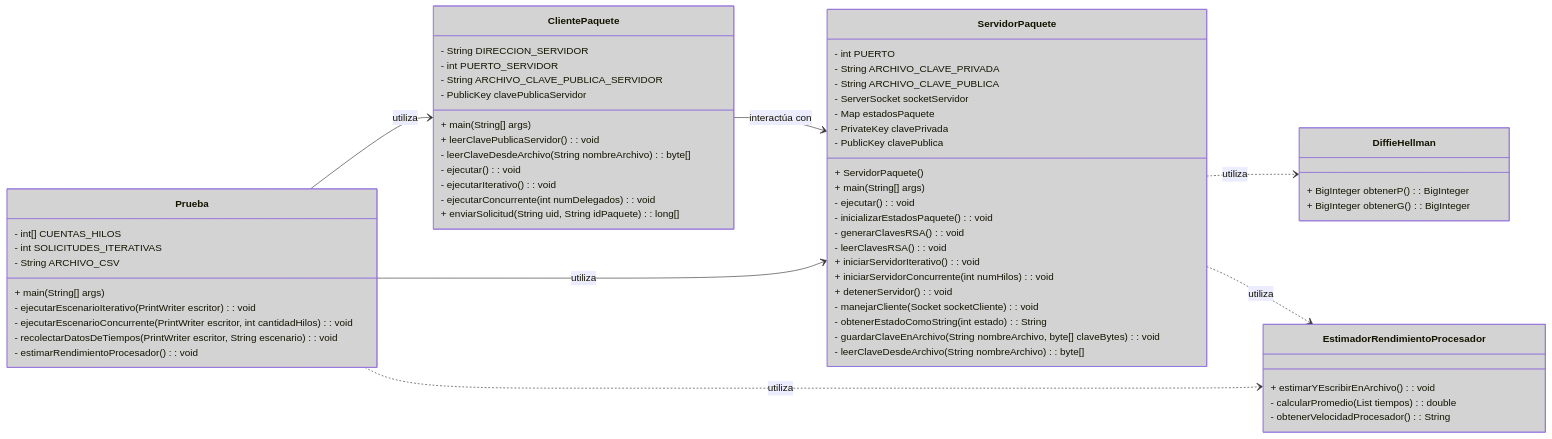
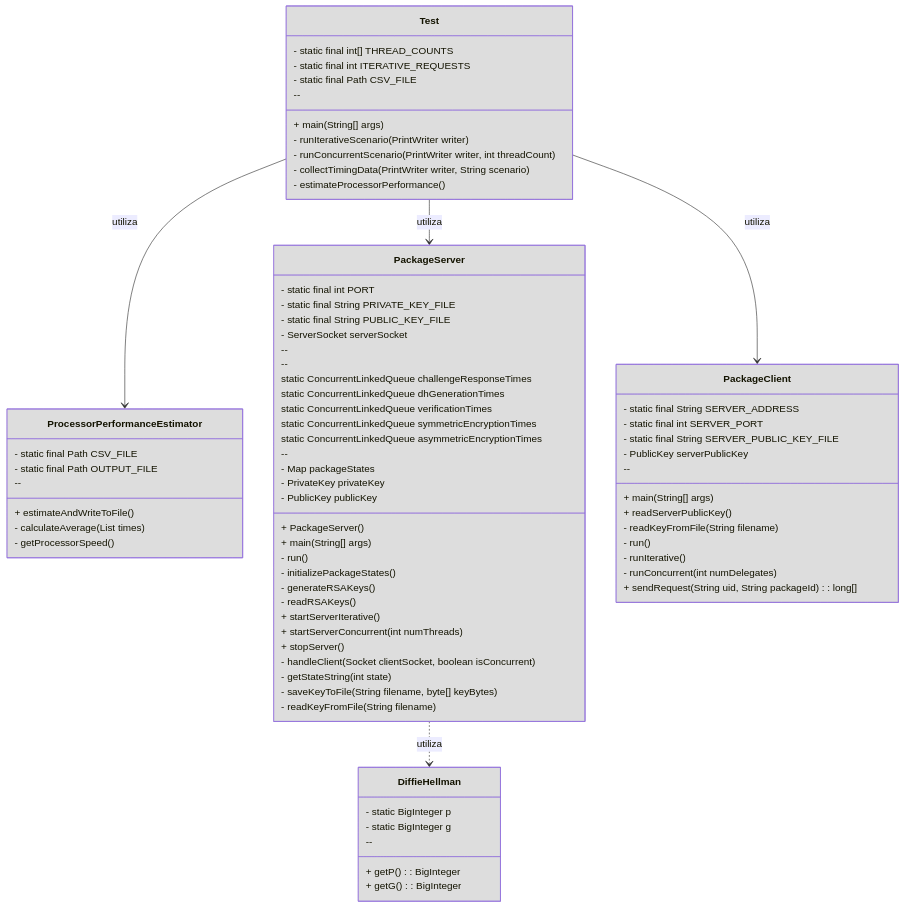
The diagram in Docs/Uml/Uml.mermaid (jjdiazo1/SecurePackageTracking), drawn with Mermaid before and after one commit. The commit also changed 14 other files, not shown here.

```diff
--- a/Docs/Uml/Uml.mermaid
+++ b/Docs/Uml/Uml.mermaid
@@ -1,73 +1,86 @@
 classDiagram
-    direction LR
-    class ClientePaquete {
-        - String DIRECCION_SERVIDOR
-        - int PUERTO_SERVIDOR
-        - String ARCHIVO_CLAVE_PUBLICA_SERVIDOR
-        - PublicKey clavePublicaServidor
-        + main(String[] args)
-        + leerClavePublicaServidor() : void
-        - leerClaveDesdeArchivo(String nombreArchivo) : byte[]
-        - ejecutar() : void
-        - ejecutarIterativo() : void
-        - ejecutarConcurrente(int numDelegados) : void
-        + enviarSolicitud(String uid, String idPaquete) : long[]
-    }
+direction TB
+class Test {
+    - static final int[] THREAD_COUNTS
+    - static final int ITERATIVE_REQUESTS
+    - static final Path CSV_FILE
+    --
+    + main(String[] args)
+    - runIterativeScenario(PrintWriter writer)
+    - runConcurrentScenario(PrintWriter writer, int threadCount)
+    - collectTimingData(PrintWriter writer, String scenario)
+    - estimateProcessorPerformance()
+}
+style Test fill:#DDDDDD
 
-    class ServidorPaquete {
-        - int PUERTO
-        - String ARCHIVO_CLAVE_PRIVADA
-        - String ARCHIVO_CLAVE_PUBLICA
-        - ServerSocket socketServidor
-        - Map<String, Integer> estadosPaquete
-        - PrivateKey clavePrivada
-        - PublicKey clavePublica
-        + ServidorPaquete()
-        + main(String[] args)
-        - ejecutar() : void
-        - inicializarEstadosPaquete() : void
-        - generarClavesRSA() : void
-        - leerClavesRSA() : void
-        + iniciarServidorIterativo() : void
-        + iniciarServidorConcurrente(int numHilos) : void
-        + detenerServidor() : void
-        - manejarCliente(Socket socketCliente) : void
-        - obtenerEstadoComoString(int estado) : String
-        - guardarClaveEnArchivo(String nombreArchivo, byte[] claveBytes) : void
-        - leerClaveDesdeArchivo(String nombreArchivo) : byte[]
-    }
+class ProcessorPerformanceEstimator {
+    - static final Path CSV_FILE
+    - static final Path OUTPUT_FILE
+    --
+    + estimateAndWriteToFile()
+    - calculateAverage(List<Long> times)
+    - getProcessorSpeed()
+}
+style ProcessorPerformanceEstimator fill:#DDDDDD
 
-    class DiffieHellman {
-        + BigInteger obtenerP() : BigInteger
-        + BigInteger obtenerG() : BigInteger
-    }
+class PackageServer {
+    - static final int PORT
+    - static final String PRIVATE_KEY_FILE
+    - static final String PUBLIC_KEY_FILE
+    - ServerSocket serverSocket
+    --
+    + PackageServer()
+    + main(String[] args)
+    - run()
+    - initializePackageStates()
+    - generateRSAKeys()
+    - readRSAKeys()
+    + startServerIterative()
+    + startServerConcurrent(int numThreads)
+    + stopServer()
+    - handleClient(Socket clientSocket, boolean isConcurrent)
+    - getStateString(int state)
+    - saveKeyToFile(String filename, byte[] keyBytes)
+    - readKeyFromFile(String filename)
+    --
+    static ConcurrentLinkedQueue<Long> challengeResponseTimes
+    static ConcurrentLinkedQueue<Long> dhGenerationTimes
+    static ConcurrentLinkedQueue<Long> verificationTimes
+    static ConcurrentLinkedQueue<Long> symmetricEncryptionTimes
+    static ConcurrentLinkedQueue<Long> asymmetricEncryptionTimes
+    --
+    - Map<String, Integer> packageStates
+    - PrivateKey privateKey
+    - PublicKey publicKey
+}
+style PackageServer fill:#DDDDDD
 
-    class EstimadorRendimientoProcesador {
-        + estimarYEscribirEnArchivo() : void
-        - calcularPromedio(List<Long> tiempos) : double
-        - obtenerVelocidadProcesador() : String
-    }
+class PackageClient {
+    - static final String SERVER_ADDRESS
+    - static final int SERVER_PORT
+    - static final String SERVER_PUBLIC_KEY_FILE
+    - PublicKey serverPublicKey
+    --
+    + main(String[] args)
+    + readServerPublicKey()
+    - readKeyFromFile(String filename)
+    - run()
+    - runIterative()
+    - runConcurrent(int numDelegates)
+    + sendRequest(String uid, String packageId) : long[]
+}
+style PackageClient fill:#DDDDDD
 
-    class Prueba {
-        - int[] CUENTAS_HILOS
-        - int SOLICITUDES_ITERATIVAS
-        - String ARCHIVO_CSV
-        + main(String[] args)
-        - ejecutarEscenarioIterativo(PrintWriter escritor) : void
-        - ejecutarEscenarioConcurrente(PrintWriter escritor, int cantidadHilos) : void
-        - recolectarDatosDeTiempos(PrintWriter escritor, String escenario) : void
-        - estimarRendimientoProcesador() : void
-    }
+class DiffieHellman {
+    - static BigInteger p
+    - static BigInteger g
+    --
+    + getP() : BigInteger
+    + getG() : BigInteger
+}
+style DiffieHellman fill:#DDDDDD
 
-    ClientePaquete --> ServidorPaquete : interactúa con
-    ServidorPaquete ..> DiffieHellman : utiliza
-    ServidorPaquete ..> EstimadorRendimientoProcesador : utiliza
-    Prueba --> ClientePaquete : utiliza
-    Prueba --> ServidorPaquete : utiliza
-    Prueba ..> EstimadorRendimientoProcesador : utiliza
-
-    style ClientePaquete fill:#d3d3d3
-    style ServidorPaquete fill:#d3d3d3
-    style DiffieHellman fill:#d3d3d3
-    style EstimadorRendimientoProcesador fill:#d3d3d3
-    style Prueba fill:#d3d3d3
+Test --> PackageServer : utiliza
+Test --> PackageClient : utiliza
+Test --> ProcessorPerformanceEstimator : utiliza
+PackageServer ..> DiffieHellman : utiliza
```
